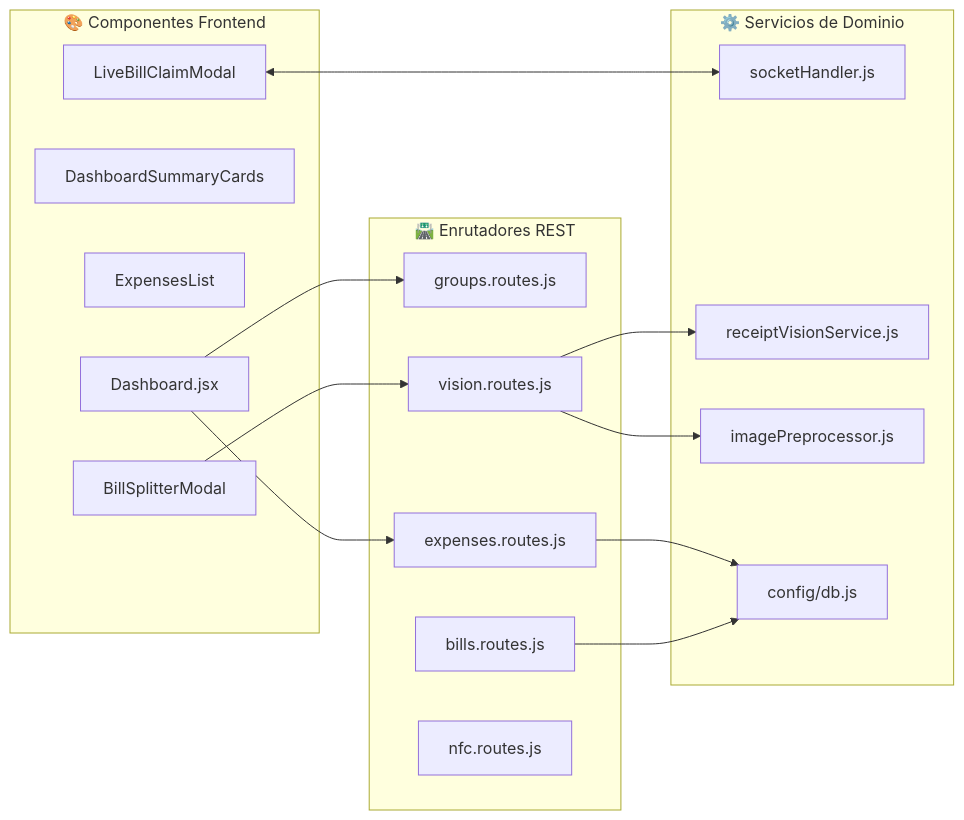
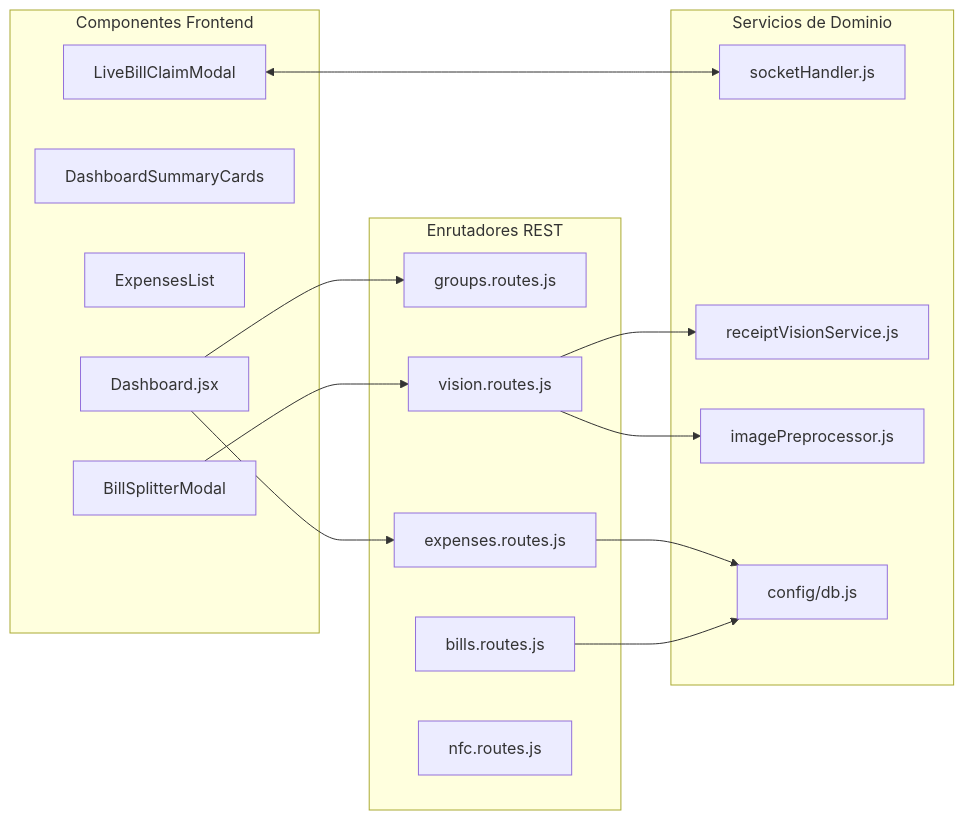
Before and after one commit to SebzSGC/Control-Gastos: the third of 3 diagrams in docs/01_Arquitectura/Diagrama-C4-Sistema.md, drawn with Mermaid. The commit also changed other lines of this file and 16 other files, not shown here.

````diff
--- a/docs/01_Arquitectura/Diagrama-C4-Sistema.md
+++ b/docs/01_Arquitectura/Diagrama-C4-Sistema.md
@@ -80,34 +80,34 @@
 ```mermaid
 flowchart LR
-    subgraph FrontendComponents["🎨 Componentes Frontend"]
+    subgraph FrontendComponents["Componentes Frontend"]
         DashView["Dashboard.jsx"]
         BentoCards["DashboardSummaryCards"]
         ExpList["ExpensesList"]
         LiveModal["LiveBillClaimModal"]
         BillModal["BillSplitterModal"]
     end
 
-    subgraph BackendRoutes["🛣️ Enrutadores REST"]
+    subgraph BackendRoutes["Enrutadores REST"]
         GroupRoutes["groups.routes.js"]
         ExpenseRoutes["expenses.routes.js"]
         BillRoutes["bills.routes.js"]
         VisionRoutes["vision.routes.js"]
         NFCRoutes["nfc.routes.js"]
     end
 
-    subgraph BackendServices["⚙️ Servicios de Dominio"]
+    subgraph BackendServices["Servicios de Dominio"]
         SocketHandler["socketHandler.js"]
         ReceiptVision["receiptVisionService.js"]
         ImagePreproc["imagePreprocessor.js"]
         DBConfig["config/db.js"]
     end
 
     DashView --> GroupRoutes
     DashView --> ExpenseRoutes
     LiveModal <--> SocketHandler
     BillModal --> VisionRoutes
     VisionRoutes --> ImagePreproc
     VisionRoutes --> ReceiptVision
     ExpenseRoutes --> DBConfig
     BillRoutes --> DBConfig
 ```
````
